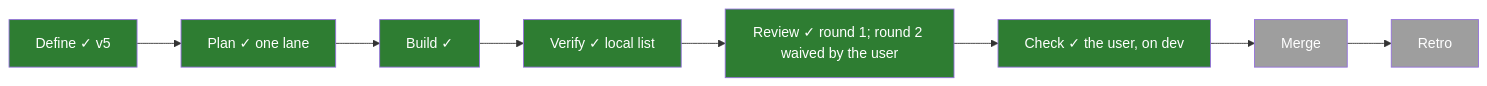
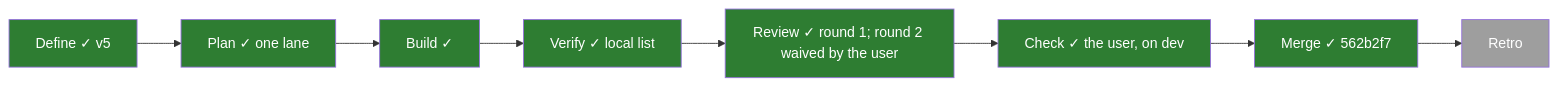
Before and after one commit to PaliCanon/learn-pali: the first of 2 diagrams in .task/050-progress-sync.md, drawn with Mermaid. The commit also changed other lines of this file, not shown here.

````diff
--- a/.task/050-progress-sync.md
+++ b/.task/050-progress-sync.md
@@ -11,7 +11,7 @@
 ```mermaid
 flowchart LR
-  Define["Define ✓ v5"]:::done --> Plan["Plan ✓ one lane"]:::done --> Build["Build ✓"]:::done --> Verify["Verify ✓ local list"]:::done --> Review["Review ✓ round 1; round 2 waived by the user"]:::done --> Check["Check ✓ the user, on dev"]:::done --> Merge:::todo --> Retro:::todo
+  Define["Define ✓ v5"]:::done --> Plan["Plan ✓ one lane"]:::done --> Build["Build ✓"]:::done --> Verify["Verify ✓ local list"]:::done --> Review["Review ✓ round 1; round 2 waived by the user"]:::done --> Check["Check ✓ the user, on dev"]:::done --> Merge["Merge ✓ 562b2f7"]:::done --> Retro:::todo
   classDef doing fill:#f9a825,color:#000
   classDef done fill:#2e7d32,color:#fff
   classDef todo fill:#9e9e9e,color:#fff
 ```
````
